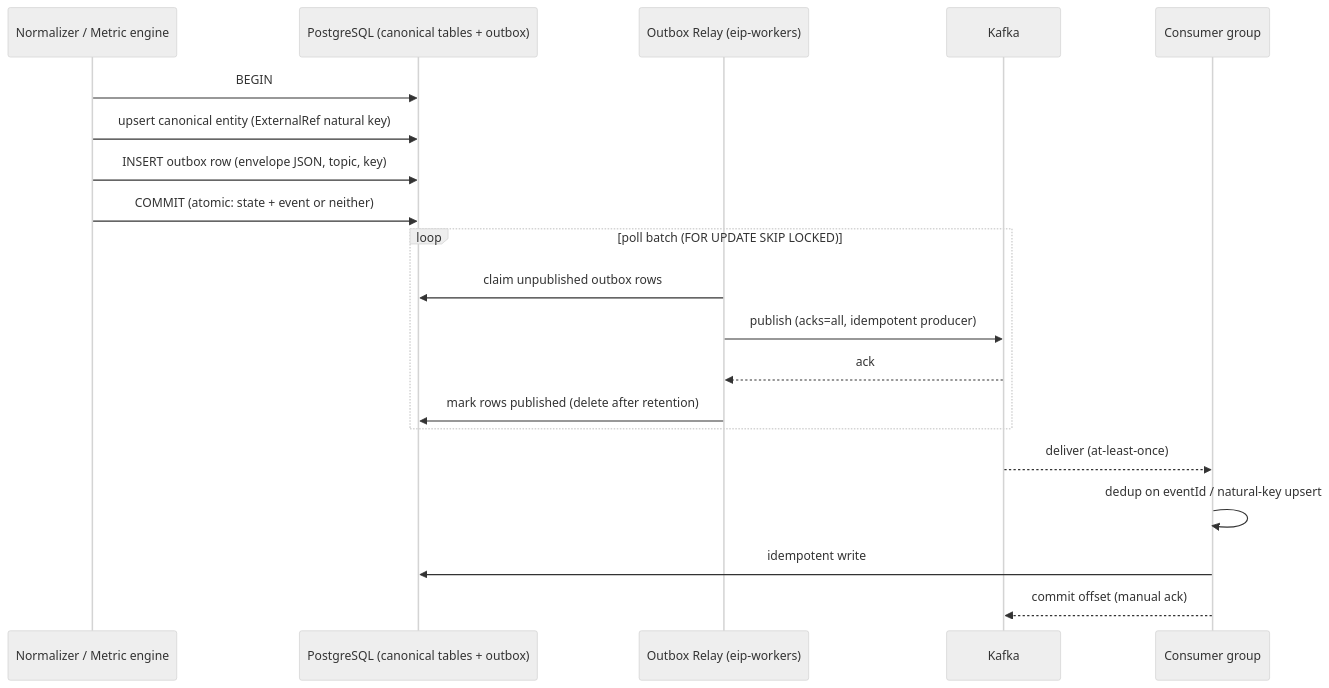
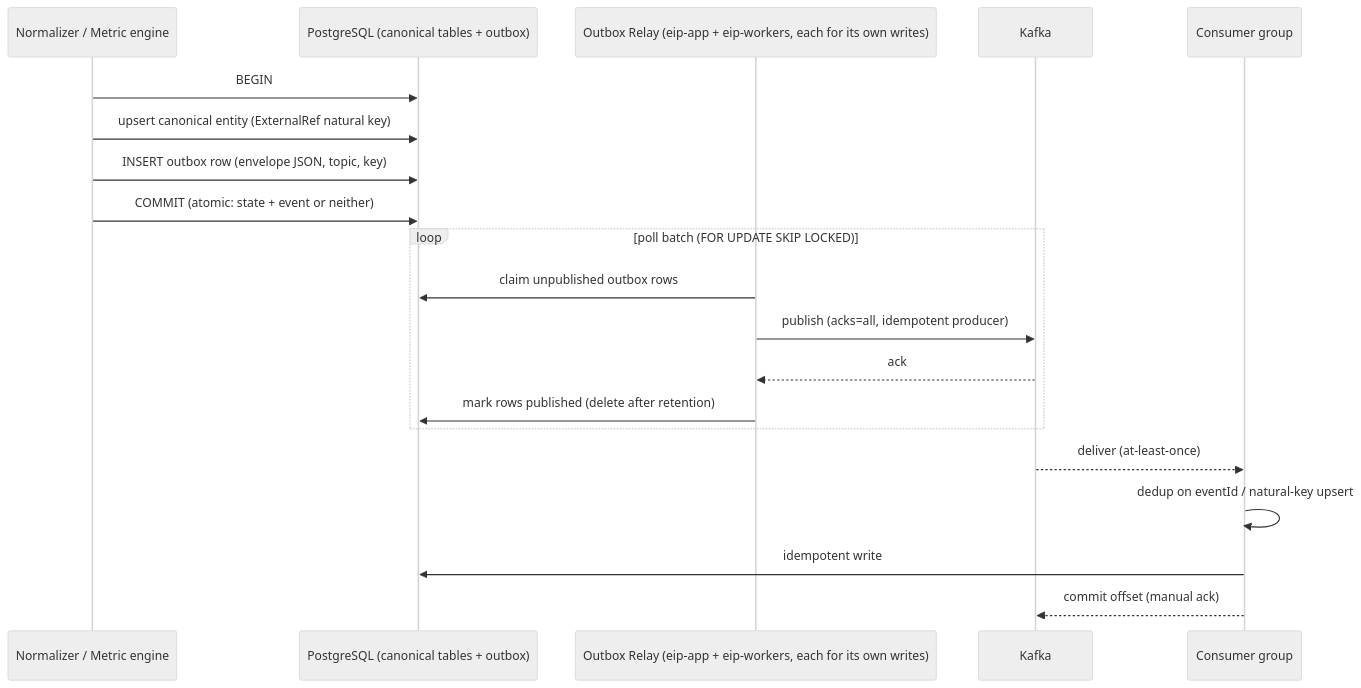
Before and after one commit to aliemrahpekesen/eKingProducitivtyMeter: the diagram in docs/engineering/EventModel.md, drawn with Mermaid (neutral theme). The commit also changed other lines of this file and 81 other files, not shown here.

````diff
--- a/docs/engineering/EventModel.md
+++ b/docs/engineering/EventModel.md
@@ -295,23 +306,23 @@
 ```mermaid
 sequenceDiagram
     participant N as Normalizer / Metric engine
     participant PG as PostgreSQL (canonical tables + outbox)
-    participant R as Outbox Relay (eip-workers)
+    participant R as Outbox Relay (eip-app + eip-workers, each for its own writes)
     participant K as Kafka
     participant C as Consumer group
 
     N->>PG: BEGIN
     N->>PG: upsert canonical entity (ExternalRef natural key)
     N->>PG: INSERT outbox row (envelope JSON, topic, key)
     N->>PG: COMMIT (atomic: state + event or neither)
     loop poll batch (FOR UPDATE SKIP LOCKED)
         R->>PG: claim unpublished outbox rows
         R->>K: publish (acks=all, idempotent producer)
         K-->>R: ack
         R->>PG: mark rows published (delete after retention)
     end
     K-->>C: deliver (at-least-once)
     C->>C: dedup on eventId / natural-key upsert
     C->>PG: idempotent write
     C-->>K: commit offset (manual ack)
 ```
````
